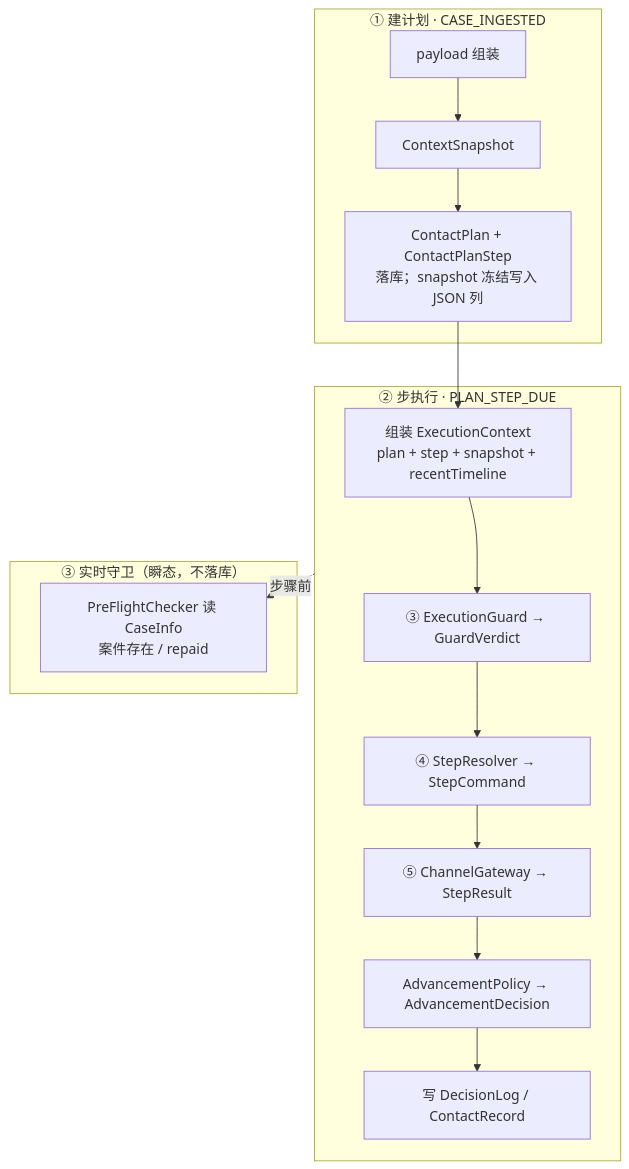
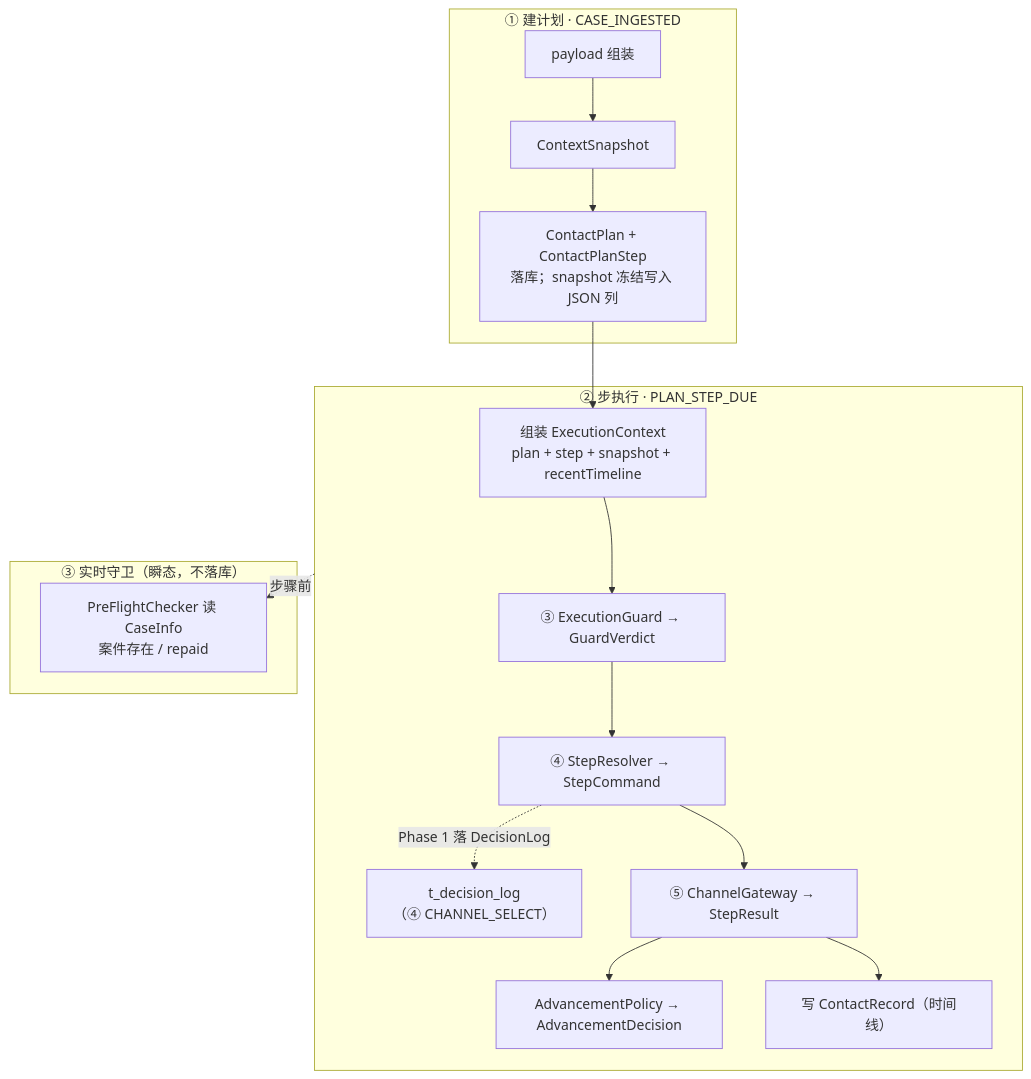
Before and after one commit to katherineliu2102/Intelligent-Collection-V1: the second of 2 diagrams in docs/MOCASA催收系统升级_Phase1_领域模型与数据定义.md, drawn with Mermaid. The commit also changed other lines of this file and 117 other files, not shown here.

````diff
--- a/docs/MOCASA催收系统升级_Phase1_领域模型与数据定义.md
+++ b/docs/MOCASA催收系统升级_Phase1_领域模型与数据定义.md
@@ -168,23 +168,24 @@
 ```mermaid
 flowchart TB
     subgraph P1["① 建计划 · CASE_INGESTED"]
         IN["payload 组装"] --> SNAP["ContextSnapshot"]
         SNAP --> PLAN["ContactPlan + ContactPlanStep\n落库；snapshot 冻结写入 JSON 列"]
     end
 
     subgraph P2["② 步执行 · PLAN_STEP_DUE"]
         ASM["组装 ExecutionContext\nplan + step + snapshot + recentTimeline"]
         ASM --> G3["③ ExecutionGuard → GuardVerdict"]
         G3 --> G4["④ StepResolver → StepCommand"]
+        G4 -.->|"Phase 1 落 DecisionLog"| DL["t_decision_log\n（④ CHANNEL_SELECT）"]
         G4 --> G5["⑤ ChannelGateway → StepResult"]
         G5 --> ADV["AdvancementPolicy → AdvancementDecision"]
-        ADV --> WR["写 DecisionLog / ContactRecord"]
+        G5 --> WR["写 ContactRecord（时间线）"]
     end
 
     subgraph P3["③ 实时守卫（瞬态，不落库）"]
         PF["PreFlightChecker 读 CaseInfo\n案件存在 / repaid"]
     end
 
     PLAN --> ASM
     P2 -.->|"步骤前"| PF
 ```
````
